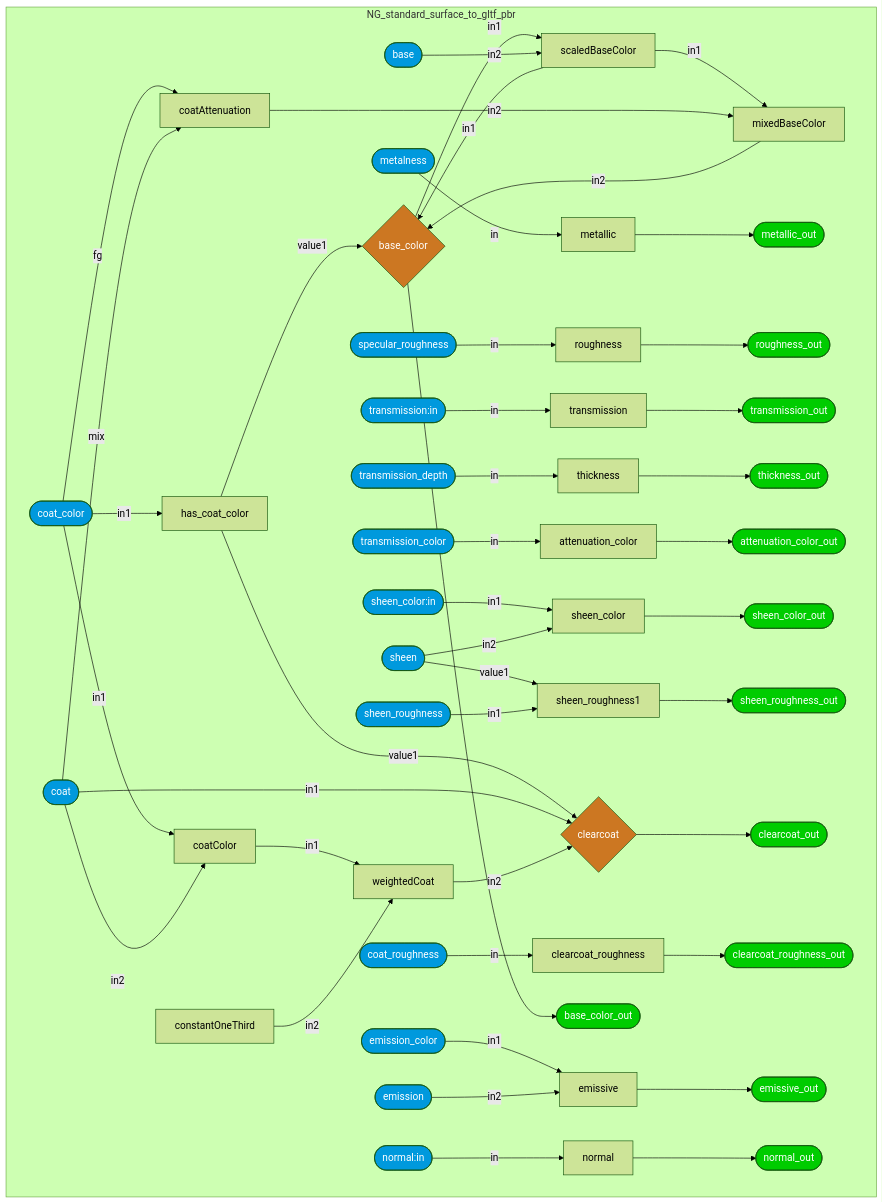
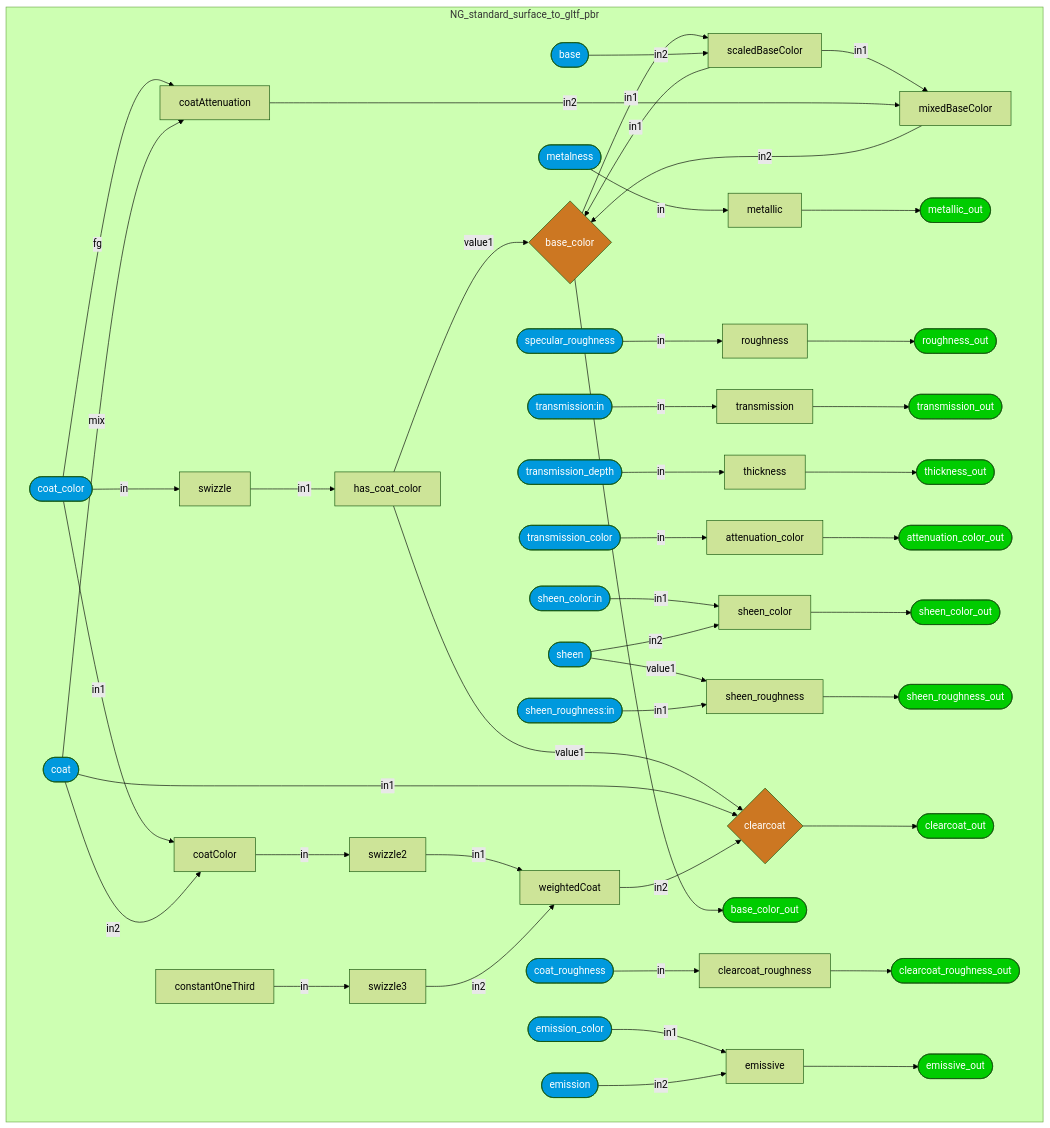
One commit to kwokcb/MaterialX_Learn changed diagram 35 of 36 in documents/definitions/bxdf_doc.md. Above: the diagram before and after it, drawn with Mermaid (forest theme). The commit also changed other lines of this file and 934 other files, not shown here.

````diff
--- a/documents/definitions/bxdf_doc.md
+++ b/documents/definitions/bxdf_doc.md
@@ -3297,23 +3295,25 @@
 ```mermaid
 graph TB
     subgraph NG_standard_surface_to_gltf_pbr
+    NG_standard_surface_to_gltf_pbr_swizzle[swizzle]
     NG_standard_surface_to_gltf_pbr_has_coat_color[has_coat_color]
     NG_standard_surface_to_gltf_pbr_scaledBaseColor[scaledBaseColor]
     NG_standard_surface_to_gltf_pbr_coatAttenuation[coatAttenuation]
     NG_standard_surface_to_gltf_pbr_mixedBaseColor[mixedBaseColor]
     NG_standard_surface_to_gltf_pbr_constantOneThird[constantOneThird]
     NG_standard_surface_to_gltf_pbr_coatColor[coatColor]
+    NG_standard_surface_to_gltf_pbr_swizzle2[swizzle2]
+    NG_standard_surface_to_gltf_pbr_swizzle3[swizzle3]
     NG_standard_surface_to_gltf_pbr_weightedCoat[weightedCoat]
     style NG_standard_surface_to_gltf_pbr_base_color  fill:#C72, color:#FFF
     NG_standard_surface_to_gltf_pbr_base_color{base_color}
     NG_standard_surface_to_gltf_pbr_metallic[metallic]
     NG_standard_surface_to_gltf_pbr_roughness[roughness]
-    NG_standard_surface_to_gltf_pbr_normal[normal]
     NG_standard_surface_to_gltf_pbr_transmission[transmission]
     NG_standard_surface_to_gltf_pbr_thickness[thickness]
     NG_standard_surface_to_gltf_pbr_attenuation_color[attenuation_color]
     NG_standard_surface_to_gltf_pbr_sheen_color[sheen_color]
-    NG_standard_surface_to_gltf_pbr_sheen_roughness1[sheen_roughness1]
+    NG_standard_surface_to_gltf_pbr_sheen_roughness[sheen_roughness]
     style NG_standard_surface_to_gltf_pbr_clearcoat  fill:#C72, color:#FFF
     NG_standard_surface_to_gltf_pbr_clearcoat{clearcoat}
     NG_standard_surface_to_gltf_pbr_clearcoat_roughness[clearcoat_roughness]
@@ -3340,8 +3340,6 @@
     NG_standard_surface_to_gltf_pbr_clearcoat_roughness_out([clearcoat_roughness_out])
     style NG_standard_surface_to_gltf_pbr_emissive_out  fill:#0C0, color:#FFF
     NG_standard_surface_to_gltf_pbr_emissive_out([emissive_out])
-    style NG_standard_surface_to_gltf_pbr_normal_out  fill:#0C0, color:#FFF
-    NG_standard_surface_to_gltf_pbr_normal_out([normal_out])
     style NG_standard_surface_to_gltf_pbr_coat_color  fill:#09D, color:#FFF
     NG_standard_surface_to_gltf_pbr_coat_color([coat_color])
     style NG_standard_surface_to_gltf_pbr_base  fill:#09D, color:#FFF
@@ -3352,8 +3350,6 @@
     NG_standard_surface_to_gltf_pbr_metalness([metalness])
     style NG_standard_surface_to_gltf_pbr_specular_roughness  fill:#09D, color:#FFF
     NG_standard_surface_to_gltf_pbr_specular_roughness([specular_roughness])
-    style NG_standard_surface_to_gltf_pbr_normal:in  fill:#09D, color:#FFF
-    NG_standard_surface_to_gltf_pbr_normal:in([normal:in])
     style NG_standard_surface_to_gltf_pbr_transmission:in  fill:#09D, color:#FFF
     NG_standard_surface_to_gltf_pbr_transmission:in([transmission:in])
     style NG_standard_surface_to_gltf_pbr_transmission_depth  fill:#09D, color:#FFF
@@ -3364,8 +3360,8 @@
     NG_standard_surface_to_gltf_pbr_sheen_color:in([sheen_color:in])
     style NG_standard_surface_to_gltf_pbr_sheen  fill:#09D, color:#FFF
     NG_standard_surface_to_gltf_pbr_sheen([sheen])
-    style NG_standard_surface_to_gltf_pbr_sheen_roughness  fill:#09D, color:#FFF
-    NG_standard_surface_to_gltf_pbr_sheen_roughness([sheen_roughness])
+    style NG_standard_surface_to_gltf_pbr_sheen_roughness:in  fill:#09D, color:#FFF
+    NG_standard_surface_to_gltf_pbr_sheen_roughness:in([sheen_roughness:in])
     style NG_standard_surface_to_gltf_pbr_coat_roughness  fill:#09D, color:#FFF
     NG_standard_surface_to_gltf_pbr_coat_roughness([coat_roughness])
     style NG_standard_surface_to_gltf_pbr_emission_color  fill:#09D, color:#FFF
@@ -3373,7 +3369,8 @@
     style NG_standard_surface_to_gltf_pbr_emission  fill:#09D, color:#FFF
     NG_standard_surface_to_gltf_pbr_emission([emission])
     end
-    NG_standard_surface_to_gltf_pbr_coat_color --"in1"--> NG_standard_surface_to_gltf_pbr_has_coat_color
+    NG_standard_surface_to_gltf_pbr_coat_color --"in"--> NG_standard_surface_to_gltf_pbr_swizzle
+    NG_standard_surface_to_gltf_pbr_swizzle --"in1"--> NG_standard_surface_to_gltf_pbr_has_coat_color
     NG_standard_surface_to_gltf_pbr_base_color --"in1"--> NG_standard_surface_to_gltf_pbr_scaledBaseColor
     NG_standard_surface_to_gltf_pbr_base --"in2"--> NG_standard_surface_to_gltf_pbr_scaledBaseColor
     NG_standard_surface_to_gltf_pbr_coat_color --"fg"--> NG_standard_surface_to_gltf_pbr_coatAttenuation
@@ -3382,21 +3379,22 @@
     NG_standard_surface_to_gltf_pbr_coatAttenuation --"in2"--> NG_standard_surface_to_gltf_pbr_mixedBaseColor
     NG_standard_surface_to_gltf_pbr_coat_color --"in1"--> NG_standard_surface_to_gltf_pbr_coatColor
     NG_standard_surface_to_gltf_pbr_coat --"in2"--> NG_standard_surface_to_gltf_pbr_coatColor
-    NG_standard_surface_to_gltf_pbr_coatColor --"in1"--> NG_standard_surface_to_gltf_pbr_weightedCoat
-    NG_standard_surface_to_gltf_pbr_constantOneThird --"in2"--> NG_standard_surface_to_gltf_pbr_weightedCoat
+    NG_standard_surface_to_gltf_pbr_coatColor --"in"--> NG_standard_surface_to_gltf_pbr_swizzle2
+    NG_standard_surface_to_gltf_pbr_constantOneThird --"in"--> NG_standard_surface_to_gltf_pbr_swizzle3
+    NG_standard_surface_to_gltf_pbr_swizzle2 --"in1"--> NG_standard_surface_to_gltf_pbr_weightedCoat
+    NG_standard_surface_to_gltf_pbr_swizzle3 --"in2"--> NG_standard_surface_to_gltf_pbr_weightedCoat
     NG_standard_surface_to_gltf_pbr_has_coat_color --"value1"--> NG_standard_surface_to_gltf_pbr_base_color
     NG_standard_surface_to_gltf_pbr_scaledBaseColor --"in1"--> NG_standard_surface_to_gltf_pbr_base_color
     NG_standard_surface_to_gltf_pbr_mixedBaseColor --"in2"--> NG_standard_surface_to_gltf_pbr_base_color
     NG_standard_surface_to_gltf_pbr_metalness --"in"--> NG_standard_surface_to_gltf_pbr_metallic
     NG_standard_surface_to_gltf_pbr_specular_roughness --"in"--> NG_standard_surface_to_gltf_pbr_roughness
-    NG_standard_surface_to_gltf_pbr_normal:in --"in"--> NG_standard_surface_to_gltf_pbr_normal
     NG_standard_surface_to_gltf_pbr_transmission:in --"in"--> NG_standard_surface_to_gltf_pbr_transmission
     NG_standard_surface_to_gltf_pbr_transmission_depth --"in"--> NG_standard_surface_to_gltf_pbr_thickness
     NG_standard_surface_to_gltf_pbr_transmission_color --"in"--> NG_standard_surface_to_gltf_pbr_attenuation_color
     NG_standard_surface_to_gltf_pbr_sheen_color:in --"in1"--> NG_standard_surface_to_gltf_pbr_sheen_color
     NG_standard_surface_to_gltf_pbr_sheen --"in2"--> NG_standard_surface_to_gltf_pbr_sheen_color
-    NG_standard_surface_to_gltf_pbr_sheen --"value1"--> NG_standard_surface_to_gltf_pbr_sheen_roughness1
-    NG_standard_surface_to_gltf_pbr_sheen_roughness --"in1"--> NG_standard_surface_to_gltf_pbr_sheen_roughness1
+    NG_standard_surface_to_gltf_pbr_sheen --"value1"--> NG_standard_surface_to_gltf_pbr_sheen_roughness
+    NG_standard_surface_to_gltf_pbr_sheen_roughness:in --"in1"--> NG_standard_surface_to_gltf_pbr_sheen_roughness
     NG_standard_surface_to_gltf_pbr_has_coat_color --"value1"--> NG_standard_surface_to_gltf_pbr_clearcoat
     NG_standard_surface_to_gltf_pbr_coat --"in1"--> NG_standard_surface_to_gltf_pbr_clearcoat
     NG_standard_surface_to_gltf_pbr_weightedCoat --"in2"--> NG_standard_surface_to_gltf_pbr_clearcoat
@@ -3410,9 +3408,8 @@
     NG_standard_surface_to_gltf_pbr_thickness --> NG_standard_surface_to_gltf_pbr_thickness_out
     NG_standard_surface_to_gltf_pbr_attenuation_color --> NG_standard_surface_to_gltf_pbr_attenuation_color_out
     NG_standard_surface_to_gltf_pbr_sheen_color --> NG_standard_surface_to_gltf_pbr_sheen_color_out
-    NG_standard_surface_to_gltf_pbr_sheen_roughness1 --> NG_standard_surface_to_gltf_pbr_sheen_roughness_out
+    NG_standard_surface_to_gltf_pbr_sheen_roughness --> NG_standard_surface_to_gltf_pbr_sheen_roughness_out
     NG_standard_surface_to_gltf_pbr_clearcoat --> NG_standard_surface_to_gltf_pbr_clearcoat_out
     NG_standard_surface_to_gltf_pbr_clearcoat_roughness --> NG_standard_surface_to_gltf_pbr_clearcoat_roughness_out
     NG_standard_surface_to_gltf_pbr_emissive --> NG_standard_surface_to_gltf_pbr_emissive_out
-    NG_standard_surface_to_gltf_pbr_normal --> NG_standard_surface_to_gltf_pbr_normal_out
 ```
````
